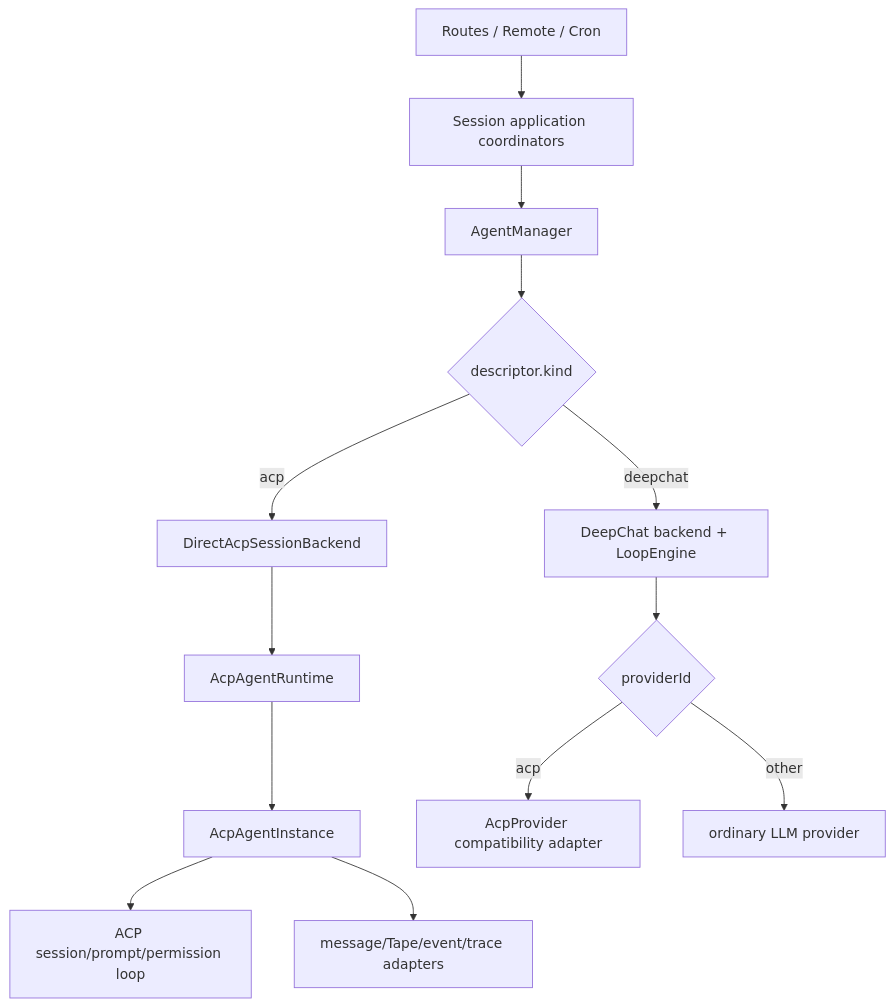
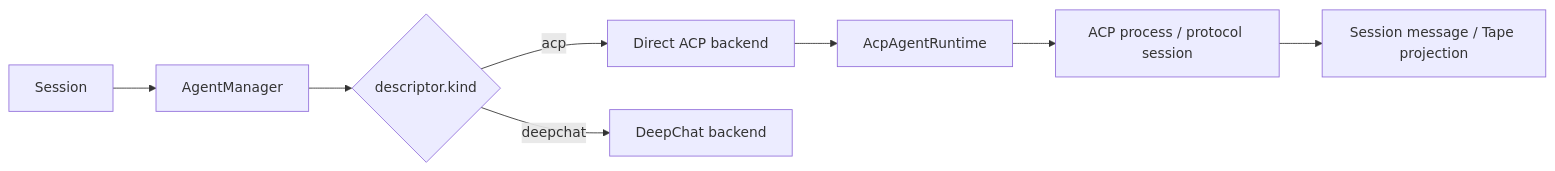
Before and after one commit to zerob13/deepchat: the fourth of 8 diagrams in docs/FLOWS.md, drawn with Mermaid. The commit also changed other lines of this file and 1922 other files, not shown here.

First line of the commit message:
refactor(main): realign process architecture (#1987)

````diff
--- a/docs/FLOWS.md
+++ b/docs/FLOWS.md
@@ -155,15 +89,10 @@
 ```mermaid
-flowchart TD
-    Entry["Routes / Remote / Cron"] --> App["Session application coordinators"]
-    App --> Manager["AgentManager"]
+flowchart LR
+    Session["Session"] --> Manager["AgentManager"]
     Manager --> Kind{"descriptor.kind"}
-    Kind -->|acp| Direct["DirectAcpSessionBackend"]
-    Direct --> AcpRuntime["AcpAgentRuntime"]
-    AcpRuntime --> AcpInstance["AcpAgentInstance"]
-    AcpInstance --> Protocol["ACP session/prompt/permission loop"]
-    AcpInstance --> Projection["message/Tape/event/trace adapters"]
-    Kind -->|deepchat| Deep["DeepChat backend + LoopEngine"]
-    Deep --> Provider{"providerId"}
-    Provider -->|acp| Compat["AcpProvider compatibility adapter"]
-    Provider -->|other| LLM["ordinary LLM provider"]
+    Kind -->|acp| Direct["Direct ACP backend"]
+    Direct --> Runtime["AcpAgentRuntime"]
+    Runtime --> Process["ACP process / protocol session"]
+    Process --> Projection["Session message / Tape projection"]
+    Kind -->|deepchat| Deep["DeepChat backend"]
 ```
````
